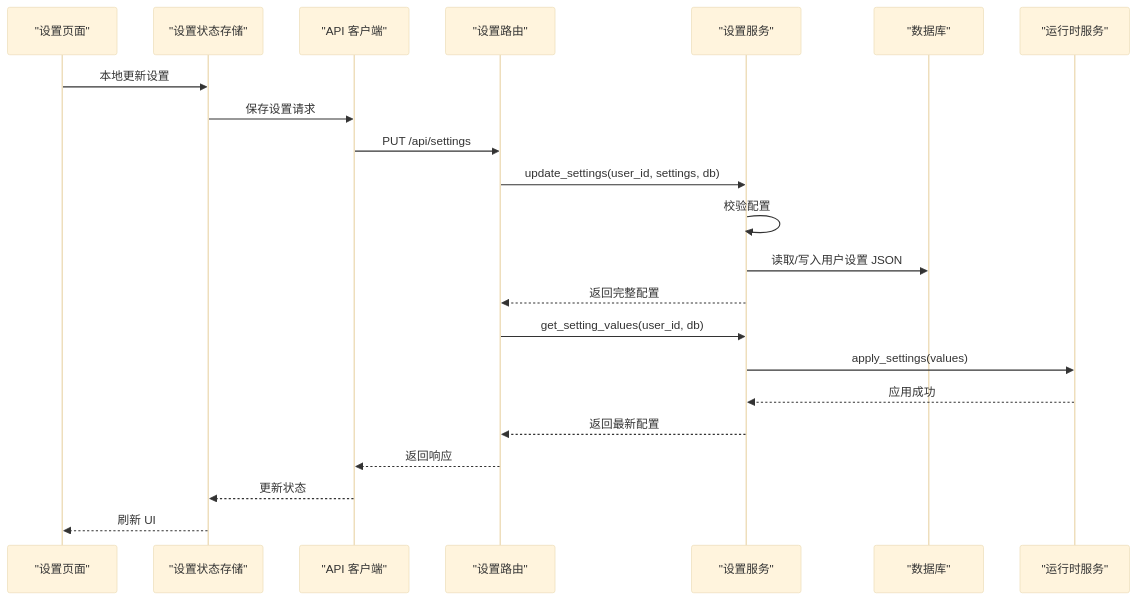
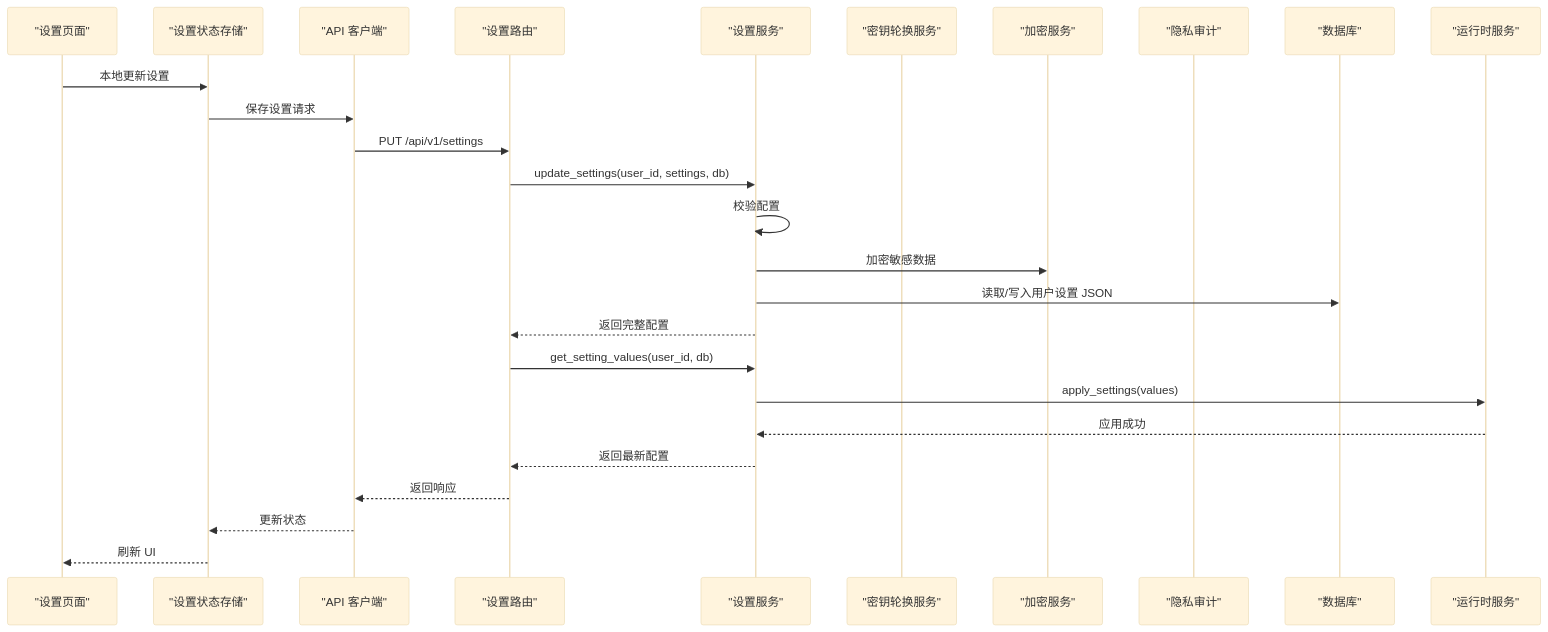
One commit to laohanhahaha/PaperChat changed the second of 4 diagrams in .qoder/repowiki/zh/content/后端系统/业务服务层/设置服务.md. Above: the diagram before and after it, drawn with Mermaid (base theme). The commit also changed other lines of this file and 59 other files, not shown here.

````diff
--- a/.qoder/repowiki/zh/content/后端系统/业务服务层/设置服务.md
+++ b/.qoder/repowiki/zh/content/后端系统/业务服务层/设置服务.md
@@ -115,24 +131,28 @@
 ```mermaid
 sequenceDiagram
 participant UI as "设置页面"
 participant Store as "设置状态存储"
 participant API as "API 客户端"
 participant Router as "设置路由"
 participant Service as "设置服务"
+participant KeySvc as "密钥轮换服务"
+participant EncSvc as "加密服务"
+participant PrivacySvc as "隐私审计"
 participant DB as "数据库"
 participant Runtime as "运行时服务"
 UI->>Store : 本地更新设置
 Store->>API : 保存设置请求
-API->>Router : PUT /api/settings
+API->>Router : PUT /api/v1/settings
 Router->>Service : update_settings(user_id, settings, db)
 Service->>Service : 校验配置
+Service->>EncSvc : 加密敏感数据
 Service->>DB : 读取/写入用户设置 JSON
 Service-->>Router : 返回完整配置
 Router->>Service : get_setting_values(user_id, db)
 Service->>Runtime : apply_settings(values)
 Runtime-->>Service : 应用成功
 Service-->>Router : 返回最新配置
 Router-->>API : 返回响应
 API-->>Store : 更新状态
 Store-->>UI : 刷新 UI
 ```
````
